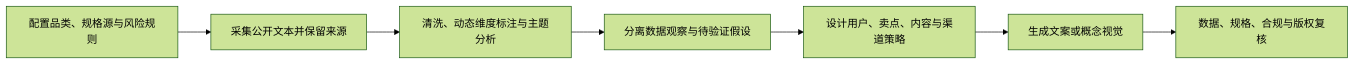
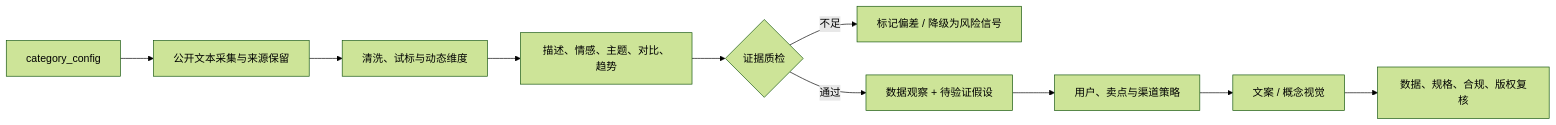
Before and after one commit to ChrysFu-FndVent/smart-device-ecommerce-marketing: the diagram in README.md, drawn with Mermaid (forest theme). The commit also changed other lines of this file, not shown here.

````diff
--- a/README.md
+++ b/README.md
@@ -56,9 +78,12 @@
 ```mermaid
 flowchart LR
-    A[配置品类、规格源与风险规则] --> B[采集公开文本并保留来源]
-    B --> C[清洗、动态维度标注与主题分析]
-    C --> D[分离数据观察与待验证假设]
-    D --> E[设计用户、卖点、内容与渠道策略]
-    E --> F[生成文案或概念视觉]
-    F --> G[数据、规格、合规与版权复核]
+    A["category_config"] --> B["公开文本采集与来源保留"]
+    B --> C["清洗、试标与动态维度"]
+    C --> D["描述、情感、主题、对比、趋势"]
+    D --> E{"证据质检"}
+    E -->|不足| F["标记偏差 / 降级为风险信号"]
+    E -->|通过| G["数据观察 + 待验证假设"]
+    G --> H["用户、卖点与渠道策略"]
+    H --> I["文案 / 概念视觉"]
+    I --> J["数据、规格、合规、版权复核"]
 ```
````
